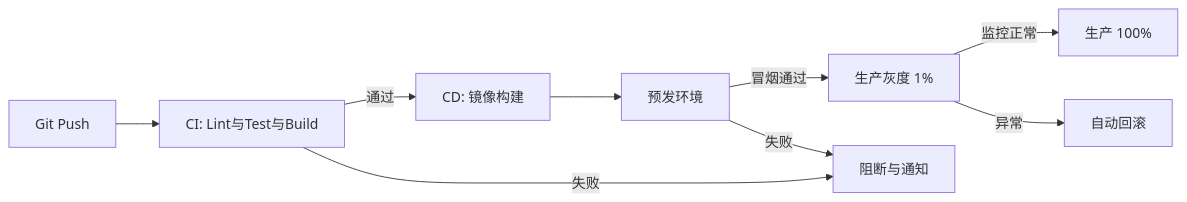
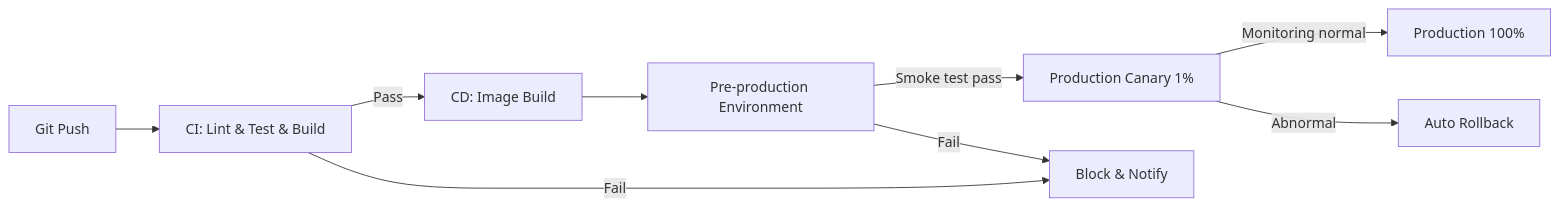
The third of 3 diagrams in templates/产品/技术层/【模板】技术需求文档(TRD).md (Kirky-X/cangjie), drawn with Mermaid before and after one commit. The commit also changed other lines of this file and 60 other files, not shown here.

````diff
--- a/templates/产品/技术层/【模板】技术需求文档(TRD).md
+++ b/templates/产品/技术层/【模板】技术需求文档(TRD).md
@@ -287,11 +287,11 @@
 ```mermaid
 graph LR
-    A[Git Push] --> B[CI: Lint与Test与Build]
-    B -->|通过| C[CD: 镜像构建]
-    C --> D[预发环境]
-    D -->|冒烟通过| E[生产灰度 1%]
-    E -->|监控正常| F[生产 100%]
-    B -->|失败| G[阻断与通知]
-    D -->|失败| G
-    E -->|异常| H[自动回滚]
+    A[Git Push] --> B[CI: Lint & Test & Build]
+    B -->|Pass| C[CD: Image Build]
+    C --> D[Pre-production Environment]
+    D -->|Smoke test pass| E[Production Canary 1%]
+    E -->|Monitoring normal| F[Production 100%]
+    B -->|Fail| G[Block & Notify]
+    D -->|Fail| G
+    E -->|Abnormal| H[Auto Rollback]
 ```
````
